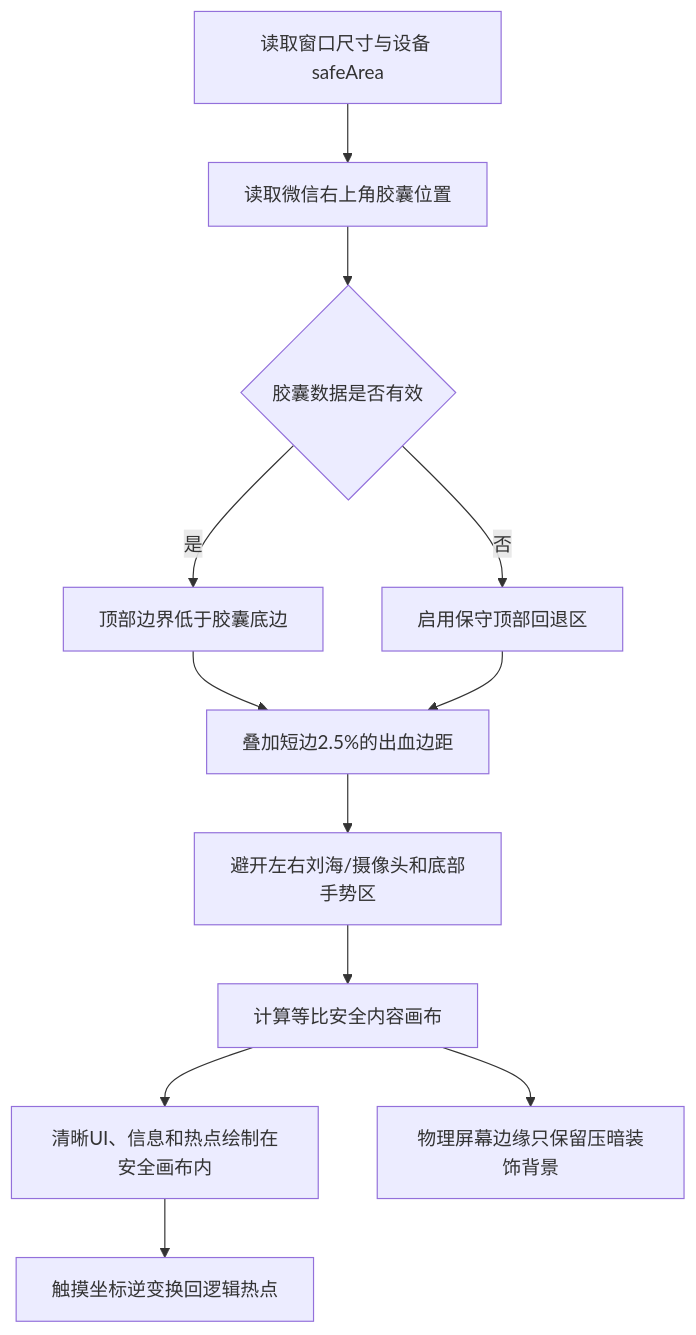
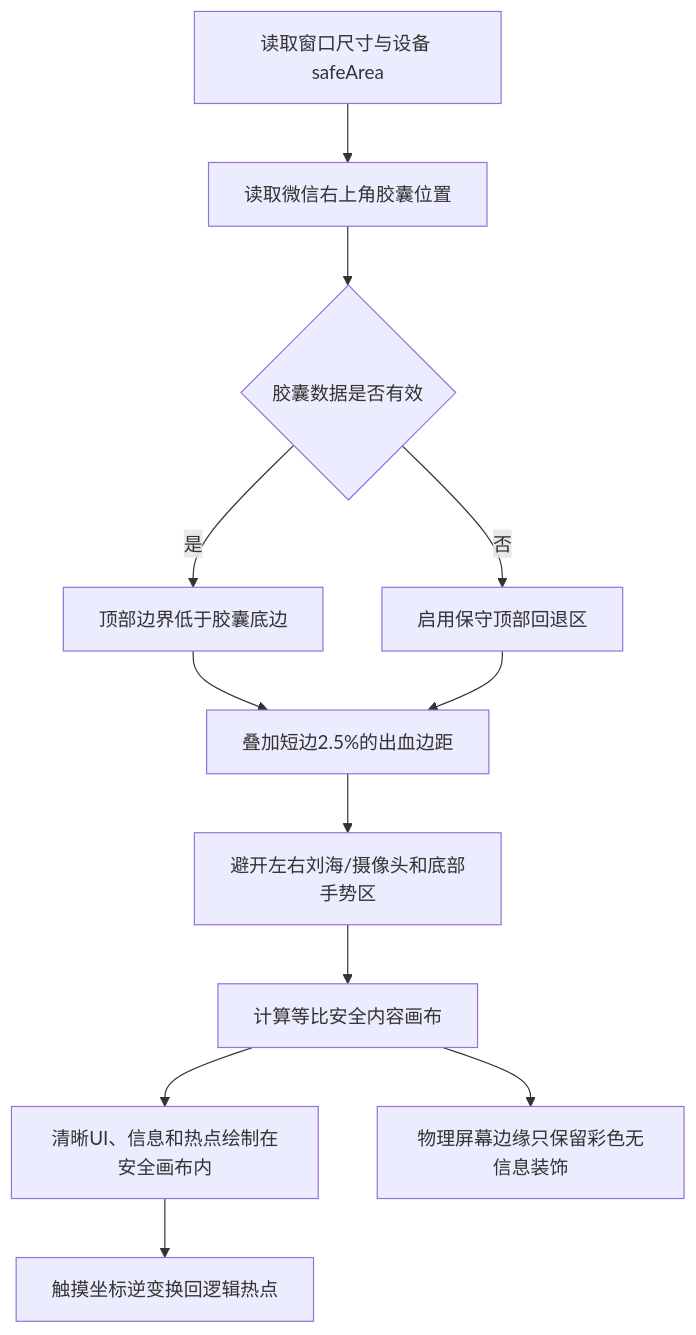
Before and after one commit to Yeungsam/heisino-game: diagram 11 of 11 in docs/游戏产品流程图.md, drawn with Mermaid. The commit also changed other lines of this file and 2 other files, not shown here.

````diff
--- a/docs/游戏产品流程图.md
+++ b/docs/游戏产品流程图.md
@@ -400,14 +400,14 @@
 ```mermaid
 flowchart TD
     A["读取窗口尺寸与设备 safeArea"] --> B["读取微信右上角胶囊位置"]
     B --> C{"胶囊数据是否有效"}
     C -- "是" --> D["顶部边界低于胶囊底边"]
     C -- "否" --> E["启用保守顶部回退区"]
     D --> F["叠加短边2.5%的出血边距"]
     E --> F
     F --> G["避开左右刘海/摄像头和底部手势区"]
     G --> H["计算等比安全内容画布"]
     H --> I["清晰UI、信息和热点绘制在安全画布内"]
-    H --> J["物理屏幕边缘只保留压暗装饰背景"]
+    H --> J["物理屏幕边缘只保留彩色无信息装饰"]
     I --> K["触摸坐标逆变换回逻辑热点"]
 ```
````
